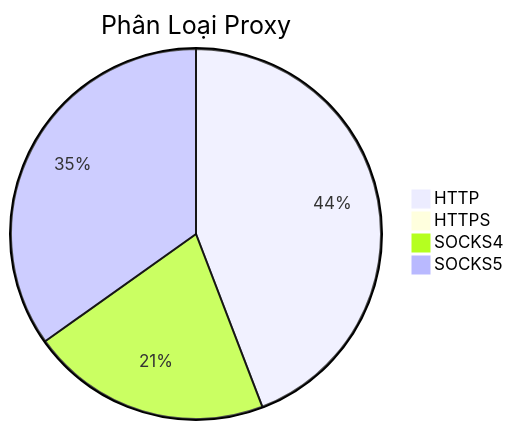
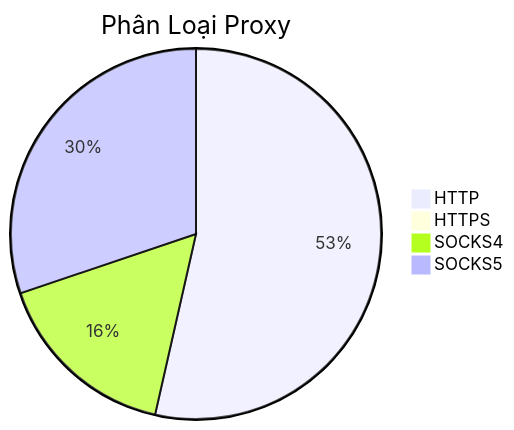
The diagram in README.md (Ciara-Aa/PROXY-free), drawn with Mermaid before and after one commit. The commit also changed other lines of this file and 4 other files, not shown here.

````diff
--- a/README.md
+++ b/README.md
@@ -26,7 +26,7 @@
 ```mermaid
 pie title Phân Loại Proxy
-    "HTTP" : 284
-    "HTTPS" : 5
-    "SOCKS4" : 135
-    "SOCKS5" : 224
+    "HTTP" : 385
+    "HTTPS" : 6
+    "SOCKS4" : 117
+    "SOCKS5" : 217
 ```
````
